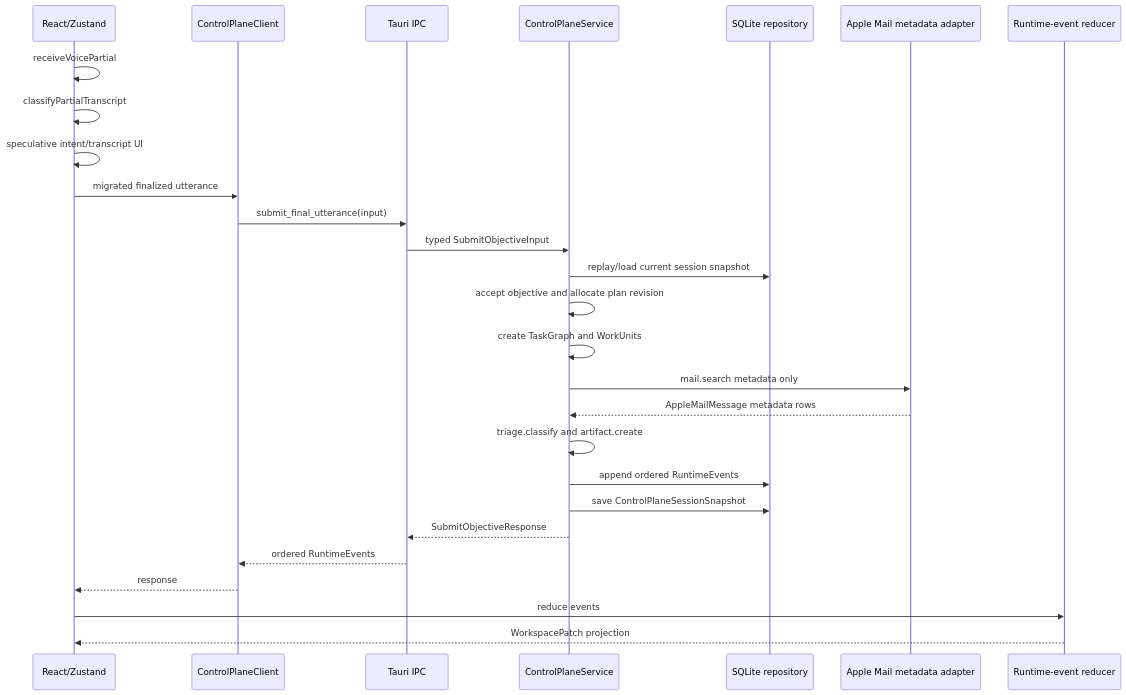
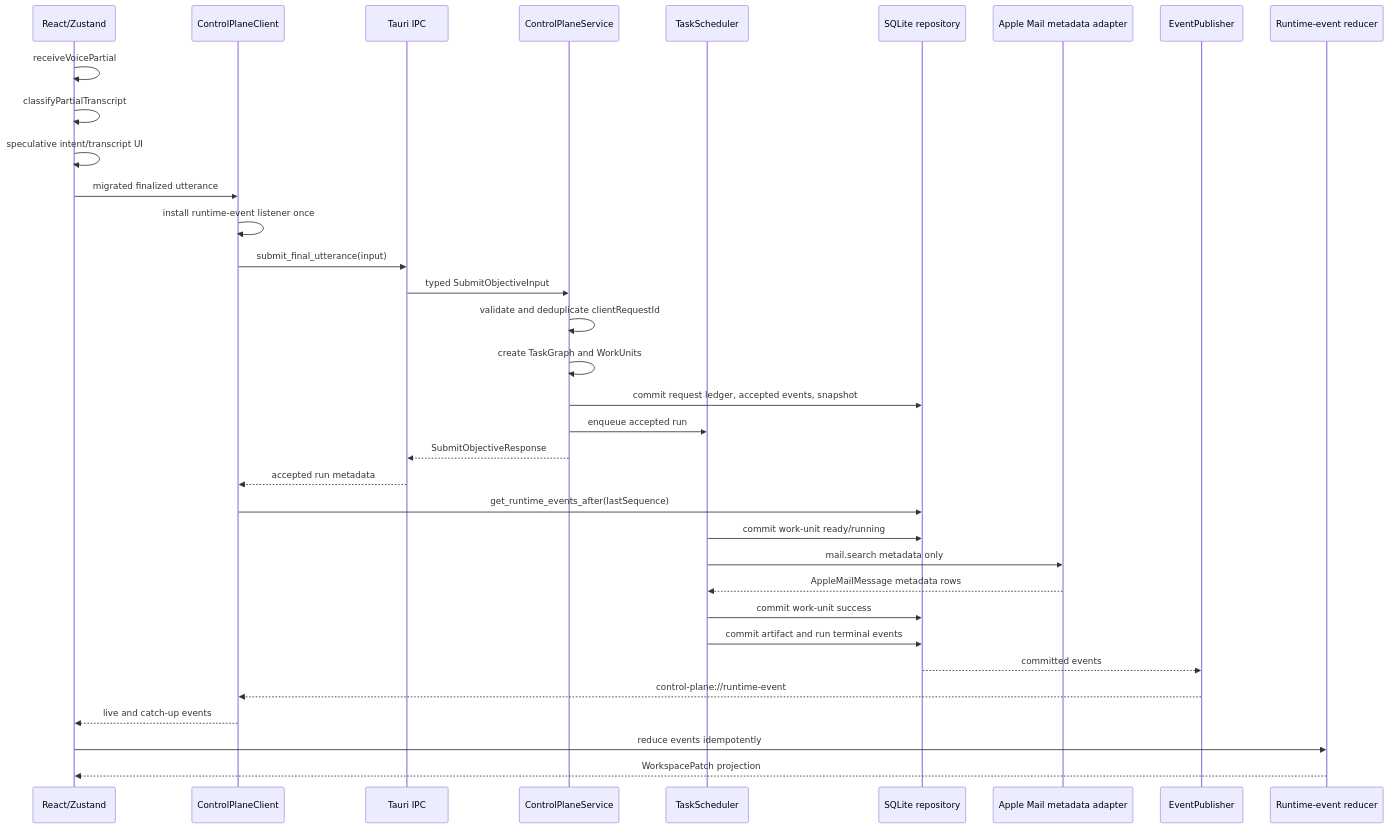
The diagram in docs/architecture/runtime-sequence.md (gother111/adaptive-surface), drawn with Mermaid before and after one commit. The commit also changed other lines of this file and 20 other files, not shown here.

First line of the commit message:
feat(control-plane): add durable async scheduler

````diff
--- a/docs/architecture/runtime-sequence.md
+++ b/docs/architecture/runtime-sequence.md
@@ -6,31 +6,38 @@
 ```mermaid
 sequenceDiagram
   participant UI as React/Zustand
   participant Client as ControlPlaneClient
   participant IPC as Tauri IPC
   participant CP as ControlPlaneService
+  participant Scheduler as TaskScheduler
   participant Repo as SQLite repository
   participant Mail as Apple Mail metadata adapter
+  participant Pub as EventPublisher
   participant Reducer as Runtime-event reducer
 
   UI->>UI: receiveVoicePartial
   UI->>UI: classifyPartialTranscript
   UI->>UI: speculative intent/transcript UI
 
   UI->>Client: migrated finalized utterance
+  Client->>Client: install runtime-event listener once
   Client->>IPC: submit_final_utterance(input)
   IPC->>CP: typed SubmitObjectiveInput
-  CP->>Repo: replay/load current session snapshot
-  CP->>CP: accept objective and allocate plan revision
+  CP->>CP: validate and deduplicate clientRequestId
   CP->>CP: create TaskGraph and WorkUnits
-  CP->>Mail: mail.search metadata only
-  Mail-->>CP: AppleMailMessage metadata rows
-  CP->>CP: triage.classify and artifact.create
-  CP->>Repo: append ordered RuntimeEvents
-  CP->>Repo: save ControlPlaneSessionSnapshot
+  CP->>Repo: commit request ledger, accepted events, snapshot
+  CP->>Scheduler: enqueue accepted run
   CP-->>IPC: SubmitObjectiveResponse
-  IPC-->>Client: ordered RuntimeEvents
-  Client-->>UI: response
-  UI->>Reducer: reduce events
+  IPC-->>Client: accepted run metadata
+  Client->>Repo: get_runtime_events_after(lastSequence)
+  Scheduler->>Repo: commit work-unit ready/running
+  Scheduler->>Mail: mail.search metadata only
+  Mail-->>Scheduler: AppleMailMessage metadata rows
+  Scheduler->>Repo: commit work-unit success
+  Scheduler->>Repo: commit artifact and run terminal events
+  Repo-->>Pub: committed events
+  Pub-->>Client: control-plane://runtime-event
+  Client-->>UI: live and catch-up events
+  UI->>Reducer: reduce events idempotently
   Reducer-->>UI: WorkspacePatch projection
 ```
````
